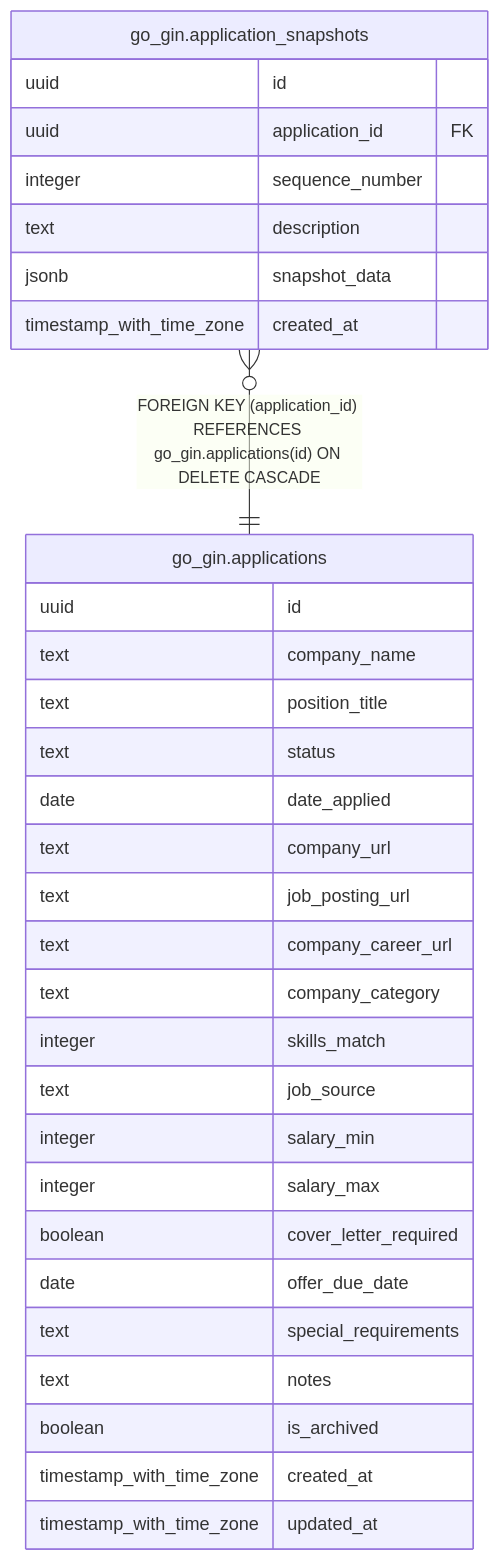
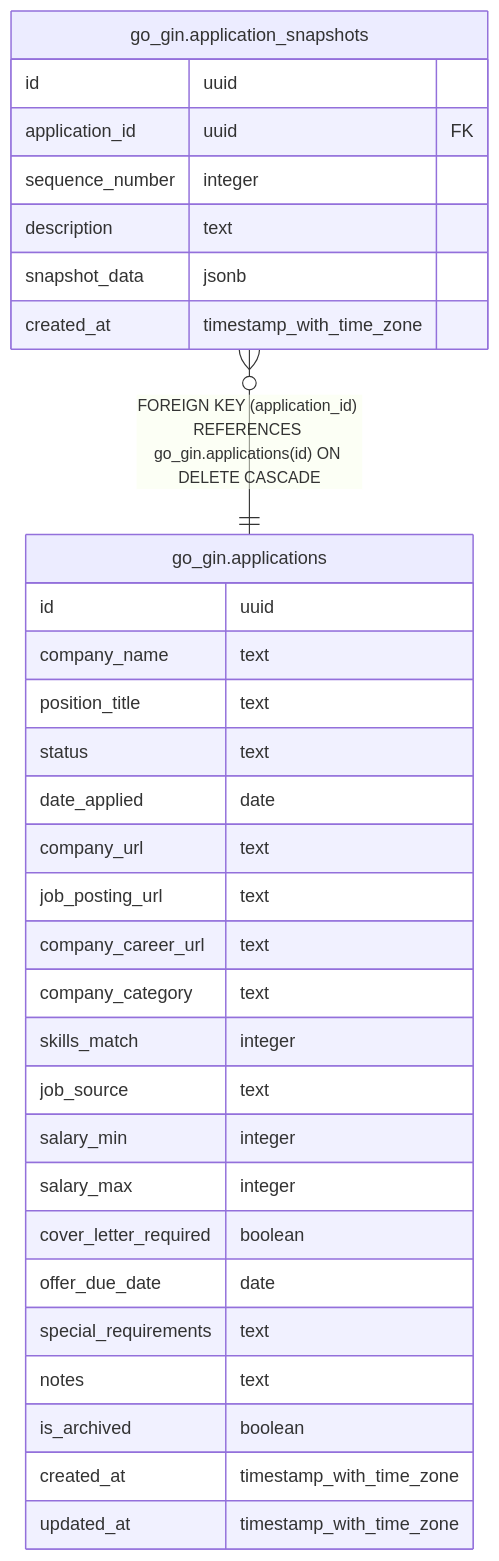
One commit to WhatIfWeDigDeeper/application-tracker changed the diagram in docs/schema/go-gin/go_gin.application_snapshots.md. Above: the diagram before and after it, drawn with Mermaid. The commit also changed 22 other files, not shown here.

````diff
--- a/docs/schema/go-gin/go_gin.application_snapshots.md
+++ b/docs/schema/go-gin/go_gin.application_snapshots.md
@@ -37,36 +37,36 @@
 ```mermaid
 erDiagram
 
 "go_gin.application_snapshots" }o--|| "go_gin.applications" : "FOREIGN KEY (application_id) REFERENCES go_gin.applications(id) ON DELETE CASCADE"
 
 "go_gin.application_snapshots" {
-  uuid id
-  uuid application_id FK
-  integer sequence_number
-  text description
-  jsonb snapshot_data
-  timestamp_with_time_zone created_at
+  id uuid
+  application_id uuid FK
+  sequence_number integer
+  description text
+  snapshot_data jsonb
+  created_at timestamp_with_time_zone
 }
 "go_gin.applications" {
-  uuid id
-  text company_name
-  text position_title
-  text status
-  date date_applied
-  text company_url
-  text job_posting_url
-  text company_career_url
-  text company_category
-  integer skills_match
-  text job_source
-  integer salary_min
-  integer salary_max
-  boolean cover_letter_required
-  date offer_due_date
-  text special_requirements
-  text notes
-  boolean is_archived
-  timestamp_with_time_zone created_at
-  timestamp_with_time_zone updated_at
+  id uuid
+  company_name text
+  position_title text
+  status text
+  date_applied date
+  company_url text
+  job_posting_url text
+  company_career_url text
+  company_category text
+  skills_match integer
+  job_source text
+  salary_min integer
+  salary_max integer
+  cover_letter_required boolean
+  offer_due_date date
+  special_requirements text
+  notes text
+  is_archived boolean
+  created_at timestamp_with_time_zone
+  updated_at timestamp_with_time_zone
 }
 ```
````
